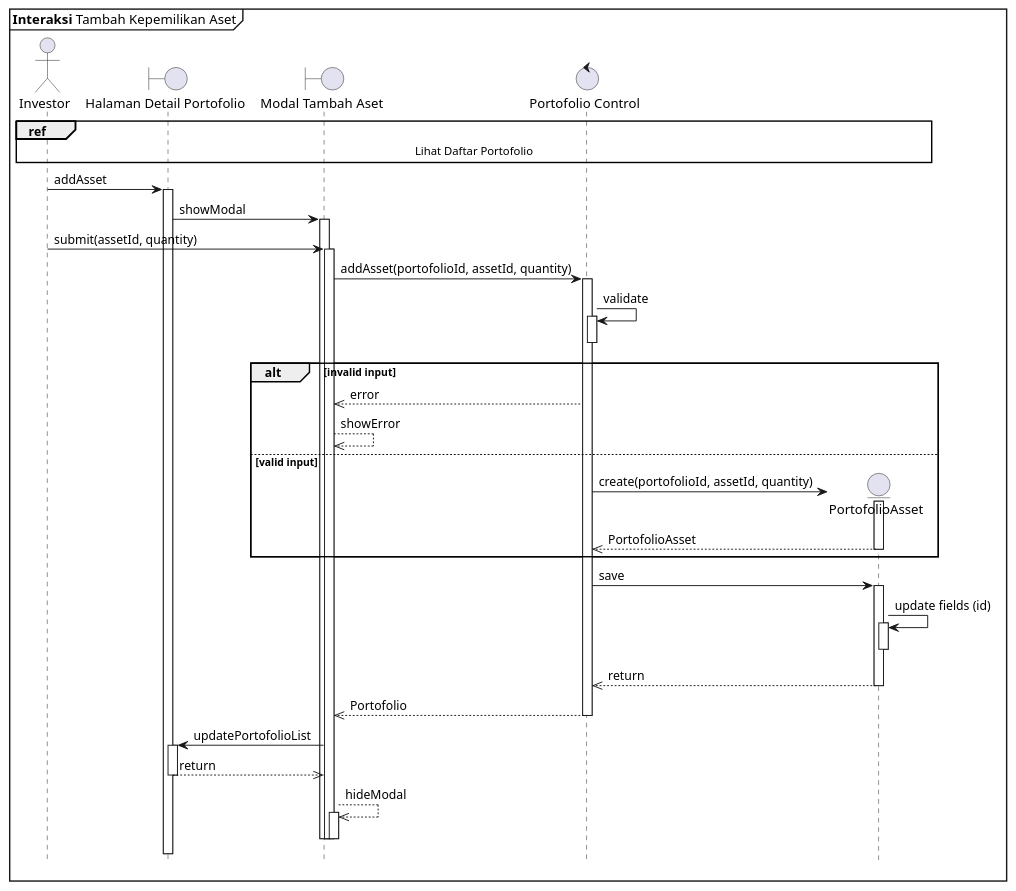
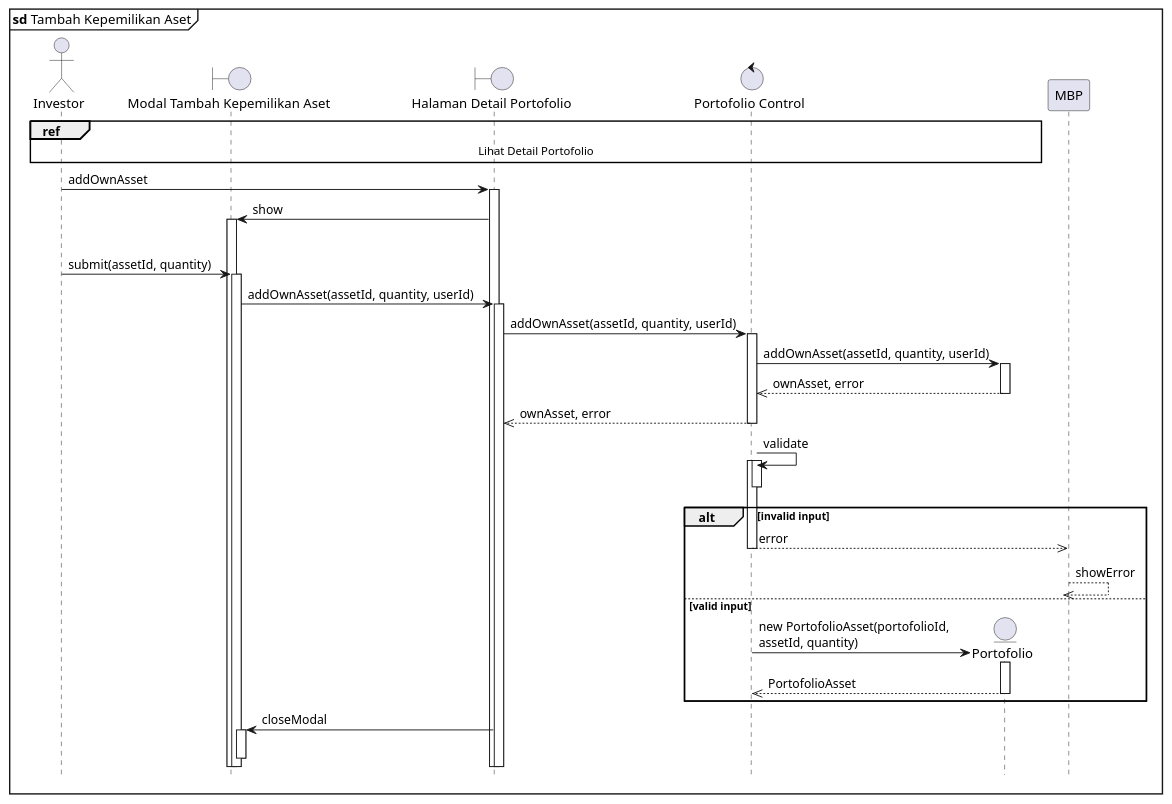
One commit to clarestarahma/manajemen-investasi changed the diagram in sequence/tambah-aset.puml. Above: the diagram before and after it, drawn with PlantUML. The commit also changed 7 other files, not shown here.

Commit message:
mengubah README.md, config, dan sequence diagram

```diff
--- a/sequence/tambah-aset.puml
+++ b/sequence/tambah-aset.puml
@@ -1,69 +1,47 @@
 @startuml Sequence
 
 skinparam maxMessageSize 250
+
 hide footbox
+autoactivate on
 
-mainframe **Interaksi** Tambah Kepemilikan Aset
+mainframe **sd** Tambah Kepemilikan Aset
 
 actor Investor as I
-boundary "Halaman Detail Portofolio" as TP
-boundary "Modal Tambah Aset" as MBP
+boundary "Modal Tambah Kepemilikan Aset" as PTKA
+boundary "Halaman Detail Portofolio" as TDP
 control "Portofolio Control" as PC
-entity "PortofolioAsset" as P
+entity "Portofolio" as P
 
-ref over I, P : Lihat Daftar Portofolio
+ref over I, P : Lihat Detail Portofolio
 
-I -> TP : addAsset
-activate TP
+I -> TDP : addOwnAsset
+TDP -> PTKA : show
 
-TP -> MBP : showModal
-activate MBP
-
-'User submits form
-I -> MBP : submit(assetId, quantity)
-activate MBP
-
-MBP -> PC : addAsset(portofolioId, assetId, quantity)
-activate PC
+loop error != null
+  I -> PTKA : submit(assetId, quantity)
+  PTKA -> TDP : addOwnAsset(assetId, quantity, userId)
+  TDP -> PC : addOwnAsset(assetId, quantity, userId)
+  PC -> P : addOwnAsset(assetId, quantity, userId)
+  P -->> PC : ownAsset, error
+  PC -->> TDP : ownAsset, error
 
 'Validation step
 PC -> PC : validate
 activate PC
 deactivate PC
 
 alt invalid input
   PC -->> MBP : error
   MBP -->> MBP : showError
 else valid input
   'Create and save the Portofolio entity
-  PC -> P ** : create(portofolioId, assetId, quantity)
+  PC -> P ** : new PortofolioAsset(portofolioId, assetId, quantity)
   activate P
   P -->> PC : PortofolioAsset
   deactivate P
 end
 
-  PC -> P : save
-  activate P
-  P -> P : update fields (id)
-  activate P
-  deactivate P
-  P -->> PC : return
-  deactivate P
-
-  PC -->> MBP : Portofolio
-  deactivate PC
-
-  'Update UI and close modal
-  MBP -> TP : updatePortofolioList
-  activate TP
-
-  TP -->> MBP : return
-  deactivate TP
-
-  MBP -->> MBP : hideModal
-  activate MBP
-  deactivate MBP
-  deactivate MBP
-  deactivate MBP
-
+TDP -> PTKA : closeModal
+deactivate PTKA
 @enduml
```
